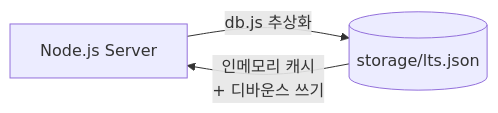
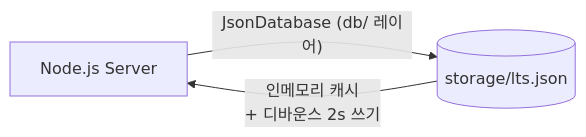
The fifth of 13 diagrams in docs/design/Design_Server_Architecture.md (melchi45/loitering_tracking), drawn with Mermaid before and after one commit. The commit also changed other lines of this file and 31 other files, not shown here.

````diff
--- a/docs/design/Design_Server_Architecture.md
+++ b/docs/design/Design_Server_Architecture.md
@@ -372,5 +383,5 @@
 ```mermaid
 graph LR
-    SRV[Node.js Server] -- "db.js 추상화" --> JSON[(storage/lts.json)]
-    JSON -- "인메모리 캐시\n+ 디바운스 쓰기" --> SRV
+    SRV[Node.js Server] -- "JsonDatabase (db/ 레이어)" --> JSON[(storage/lts.json)]
+    JSON -- "인메모리 캐시\n+ 디바운스 2s 쓰기" --> SRV
 ```
````
